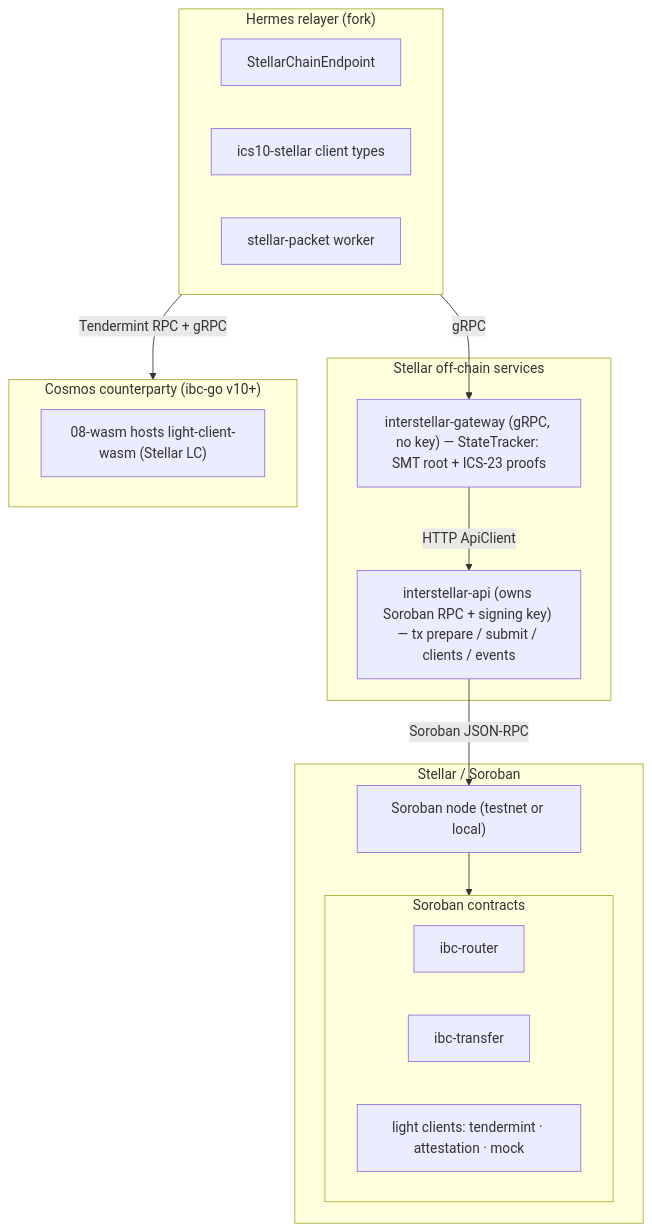
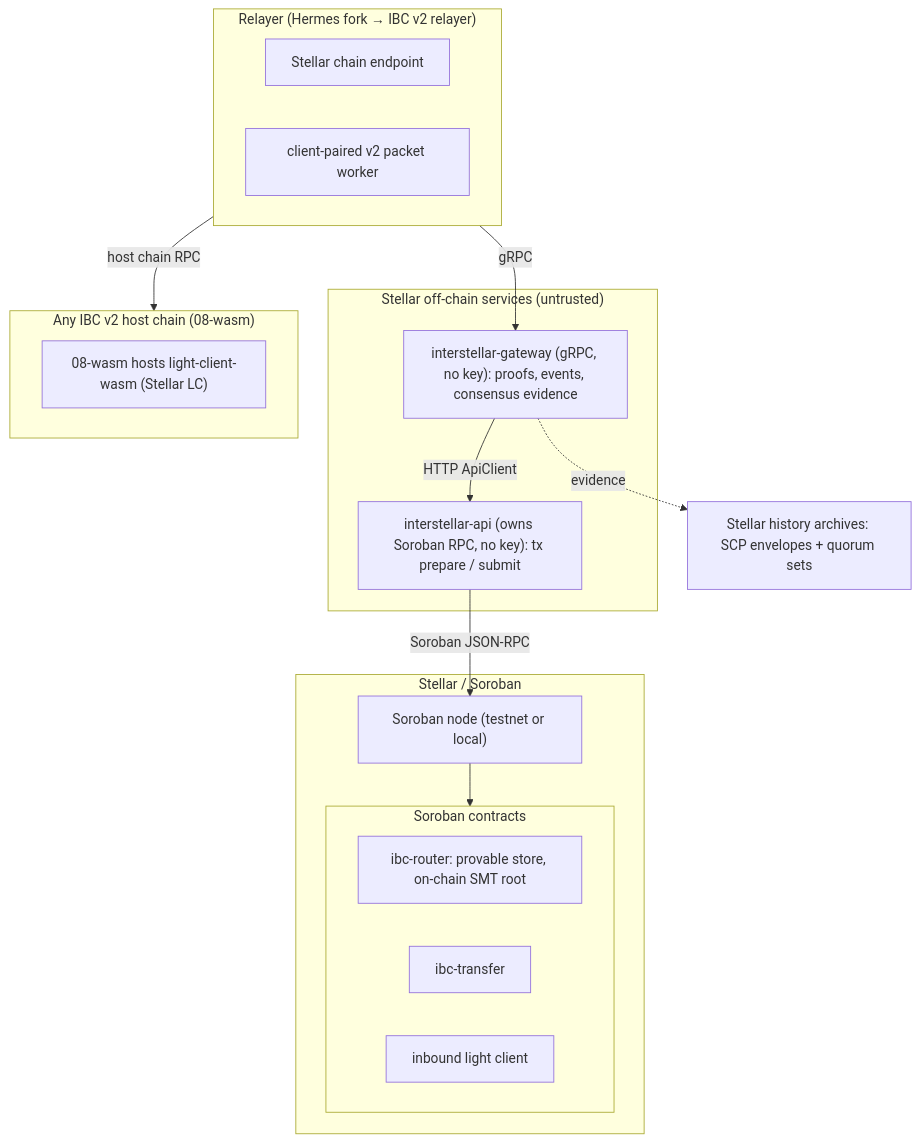
The first of 7 diagrams in architecture.md (amandagonsalves/sdf-ibc-proposal), drawn with Mermaid before and after one commit. The commit also changed other lines of this file and 7 other files, not shown here.

````diff
--- a/architecture.md
+++ b/architecture.md
@@ -449,32 +482,34 @@
 ```mermaid
 flowchart TB
-    subgraph Relayer["Hermes relayer (fork)"]
-        EP["StellarChainEndpoint"]
-        IC["ics10-stellar client types"]
-        WK["stellar-packet worker"]
+    subgraph Relayer["Relayer (Hermes fork → IBC v2 relayer)"]
+        EP["Stellar chain endpoint"]
+        WK["client-paired v2 packet worker"]
     end
 
-    subgraph StellarSvc["Stellar off-chain services"]
-        GW["interstellar-gateway (gRPC, no key) — StateTracker: SMT root + ICS-23 proofs"]
-        API["interstellar-api (owns Soroban RPC + signing key) — tx prepare / submit / clients / events"]
+    subgraph StellarSvc["Stellar off-chain services (untrusted)"]
+        GW["interstellar-gateway (gRPC, no key): proofs, events, consensus evidence"]
+        API["interstellar-api (owns Soroban RPC, no key): tx prepare / submit"]
     end
 
     subgraph StellarChain["Stellar / Soroban"]
         SOR["Soroban node (testnet or local)"]
         subgraph Contracts["Soroban contracts"]
-            RT["ibc-router"]
+            RT["ibc-router: provable store, on-chain SMT root"]
             TR["ibc-transfer"]
-            LC["light clients: tendermint · attestation · mock"]
+            LC["inbound light client"]
         end
     end
 
-    subgraph Cosmos["Cosmos counterparty (ibc-go v10+)"]
+    subgraph Host["Any IBC v2 host chain (08-wasm)"]
         WASM["08-wasm hosts light-client-wasm (Stellar LC)"]
     end
 
+    ARCH["Stellar history archives: SCP envelopes + quorum sets"]
+
     Relayer -->|gRPC| GW
-    Relayer -->|Tendermint RPC + gRPC| Cosmos
+    Relayer -->|host chain RPC| Host
     GW -->|HTTP ApiClient| API
+    GW -.->|evidence| ARCH
     API -->|Soroban JSON-RPC| SOR
     SOR --> Contracts
 ```
````
